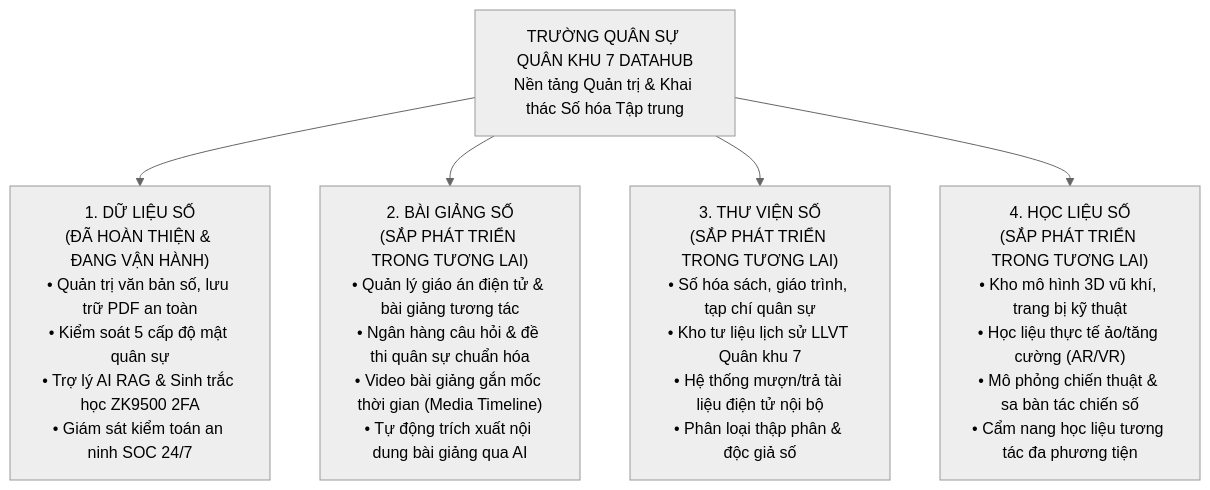
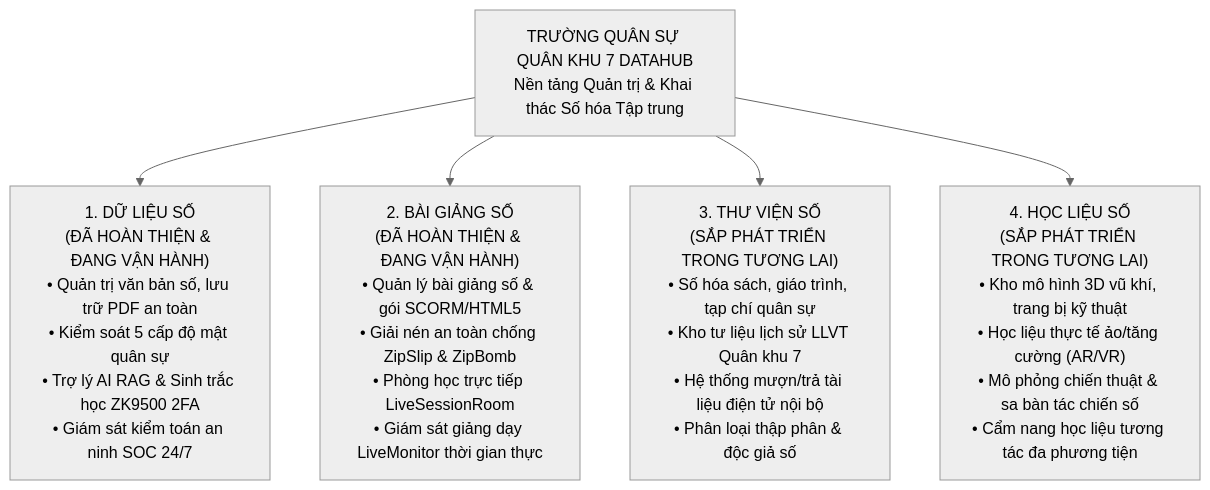
Before and after one commit to NguyenHaiAnh08/qk7-datahub: the first of 2 diagrams in README.md, drawn with Mermaid (neutral theme). The commit also changed other lines of this file and 22 other files, not shown here.

Commit message:
docs: update architecture, changelog & system overview for digital lectures & SCORM ecosystem

````diff
--- a/README.md
+++ b/README.md
@@ -11,17 +11,17 @@
 ```mermaid
 graph TD
     Hub["TRƯỜNG QUÂN SỰ QUÂN KHU 7 DATAHUB<br/>Nền tảng Quản trị & Khai thác Số hóa Tập trung"]
     
     Sub1["1. DỮ LIỆU SỐ<br/>(ĐÃ HOÀN THIỆN & ĐANG VẬN HÀNH)<br/>• Quản trị văn bản số, lưu trữ PDF an toàn<br/>• Kiểm soát 5 cấp độ mật quân sự<br/>• Trợ lý AI RAG & Sinh trắc học ZK9500 2FA<br/>• Giám sát kiểm toán an ninh SOC 24/7"]
     
-    Sub2["2. BÀI GIẢNG SỐ<br/>(SẮP PHÁT TRIỂN TRONG TƯƠNG LAI)<br/>• Quản lý giáo án điện tử & bài giảng tương tác<br/>• Ngân hàng câu hỏi & đề thi quân sự chuẩn hóa<br/>• Video bài giảng gắn mốc thời gian (Media Timeline)<br/>• Tự động trích xuất nội dung bài giảng qua AI"]
+    Sub2["2. BÀI GIẢNG SỐ<br/>(ĐÃ HOÀN THIỆN & ĐANG VẬN HÀNH)<br/>• Quản lý bài giảng số & gói SCORM/HTML5<br/>• Giải nén an toàn chống ZipSlip & ZipBomb<br/>• Phòng học trực tiếp LiveSessionRoom<br/>• Giám sát giảng dạy LiveMonitor thời gian thực"]
     
     Sub3["3. THƯ VIỆN SỐ<br/>(SẮP PHÁT TRIỂN TRONG TƯƠNG LAI)<br/>• Số hóa sách, giáo trình, tạp chí quân sự<br/>• Kho tư liệu lịch sử LLVT Quân khu 7<br/>• Hệ thống mượn/trả tài liệu điện tử nội bộ<br/>• Phân loại thập phân & độc giả số"]
     
     Sub4["4. HỌC LIỆU SỐ<br/>(SẮP PHÁT TRIỂN TRONG TƯƠNG LAI)<br/>• Kho mô hình 3D vũ khí, trang bị kỹ thuật<br/>• Học liệu thực tế ảo/tăng cường (AR/VR)<br/>• Mô phỏng chiến thuật & sa bàn tác chiến số<br/>• Cẩm nang học liệu tương tác đa phương tiện"]
 
     Hub --> Sub1
     Hub --> Sub2
     Hub --> Sub3
     Hub --> Sub4
 ```
````
